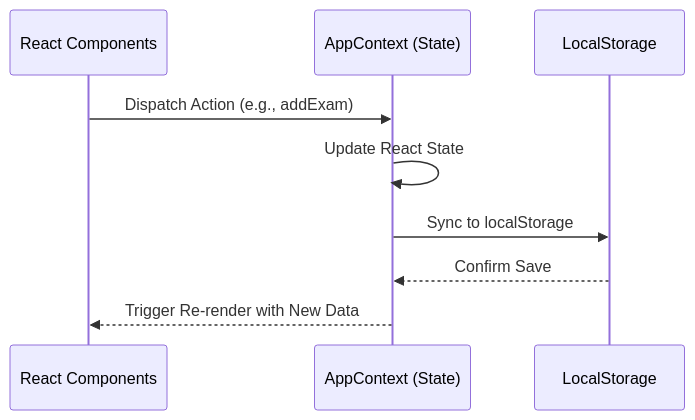
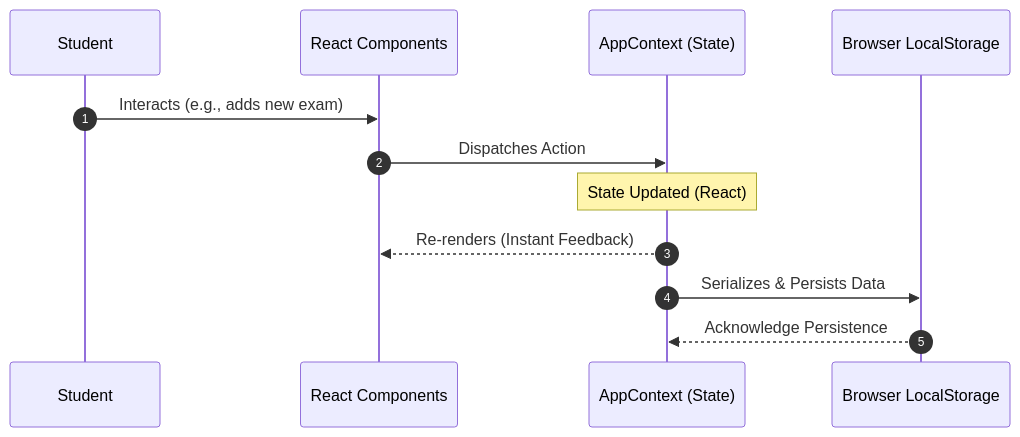
Before and after one commit to ft976/ExaMFloW: the second of 2 diagrams in README.md, drawn with Mermaid. The commit also changed other lines of this file, not shown here.

First line of the commit message:
feat: Add live demo link and roadmap to README

````diff
--- a/README.md
+++ b/README.md
@@ -96,12 +121,15 @@
 ```mermaid
 sequenceDiagram
+    autonumber
+    participant User as Student
     participant UI as React Components
     participant Context as AppContext (State)
-    participant Storage as LocalStorage
+    participant Storage as Browser LocalStorage
     
-    UI->>Context: Dispatch Action (e.g., addExam)
-    Context->>Context: Update React State
-    Context->>Storage: Sync to localStorage
-    Storage-->>Context: Confirm Save
-    Context-->>UI: Trigger Re-render with New Data
+    User->>UI: Interacts (e.g., adds new exam)
+    UI->>Context: Dispatches Action
+    Note over Context: State Updated (React)
+    Context-->>UI: Re-renders (Instant Feedback)
+    Context->>Storage: Serializes & Persists Data
+    Storage-->>Context: Acknowledge Persistence
 ```
````
